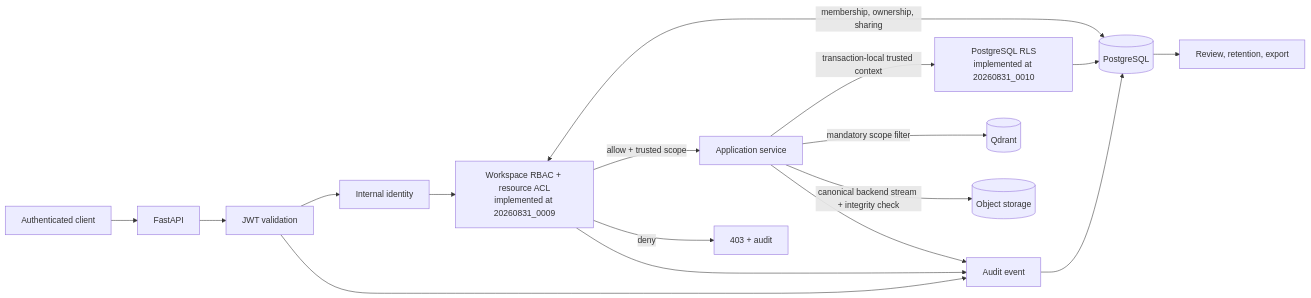
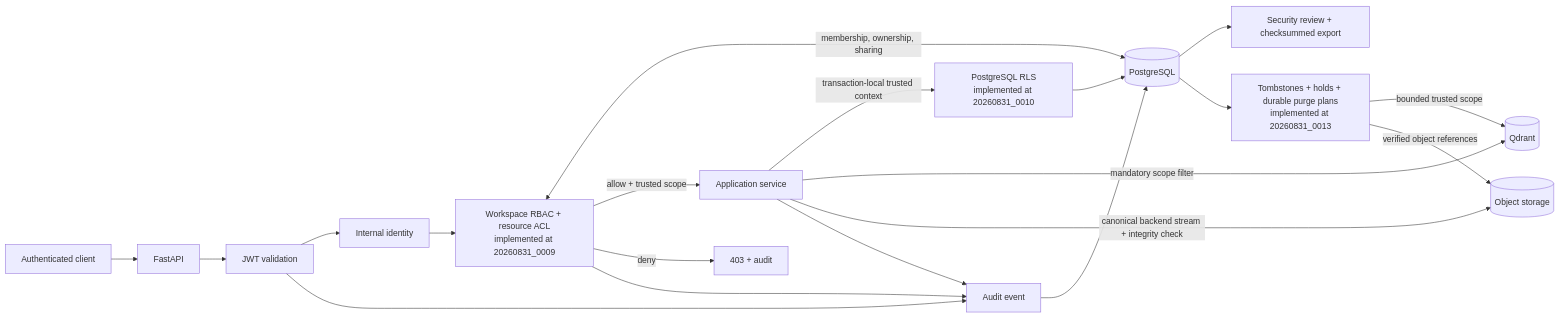
One commit to mvyas412/ai-projects changed the sixth of 11 diagrams in mm-rag-full-stack-genai-bootcamp-3.0/docs/architecture/ARCHITECTURE.md. Above: the diagram before and after it, drawn with Mermaid. The commit also changed other lines of this file and 36 other files, not shown here.

````diff
--- a/mm-rag-full-stack-genai-bootcamp-3.0/docs/architecture/ARCHITECTURE.md
+++ b/mm-rag-full-stack-genai-bootcamp-3.0/docs/architecture/ARCHITECTURE.md
@@ -306,19 +306,22 @@
 ```mermaid
 flowchart LR
     client["Authenticated client"] --> api["FastAPI"]
     api --> jwt["JWT validation"]
     jwt --> identity["Internal identity"]
     identity --> policy["Workspace RBAC + resource ACL<br/>implemented at 20260831_0009"]
     policy <-->|"membership, ownership, sharing"| pg[("PostgreSQL")]
     policy -->|"allow + trusted scope"| service["Application service"]
     policy -->|"deny"| denied["403 + audit"]
     service -->|"transaction-local trusted context"| rls["PostgreSQL RLS<br/>implemented at 20260831_0010"]
     rls --> pg
     service -->|"mandatory scope filter"| qdrant[("Qdrant")]
     service -->|"canonical backend stream + integrity check"| objects[("Object storage")]
     jwt --> audit["Audit event"]
     policy --> audit
     service --> audit
     audit --> pg
-    pg --> compliance["Review, retention, export"]
+    pg --> compliance["Security review + checksummed export"]
+    pg --> lifecycle["Tombstones + holds + durable purge plans<br/>implemented at 20260831_0013"]
+    lifecycle -->|"bounded trusted scope"| qdrant
+    lifecycle -->|"verified object references"| objects
 ```
````
